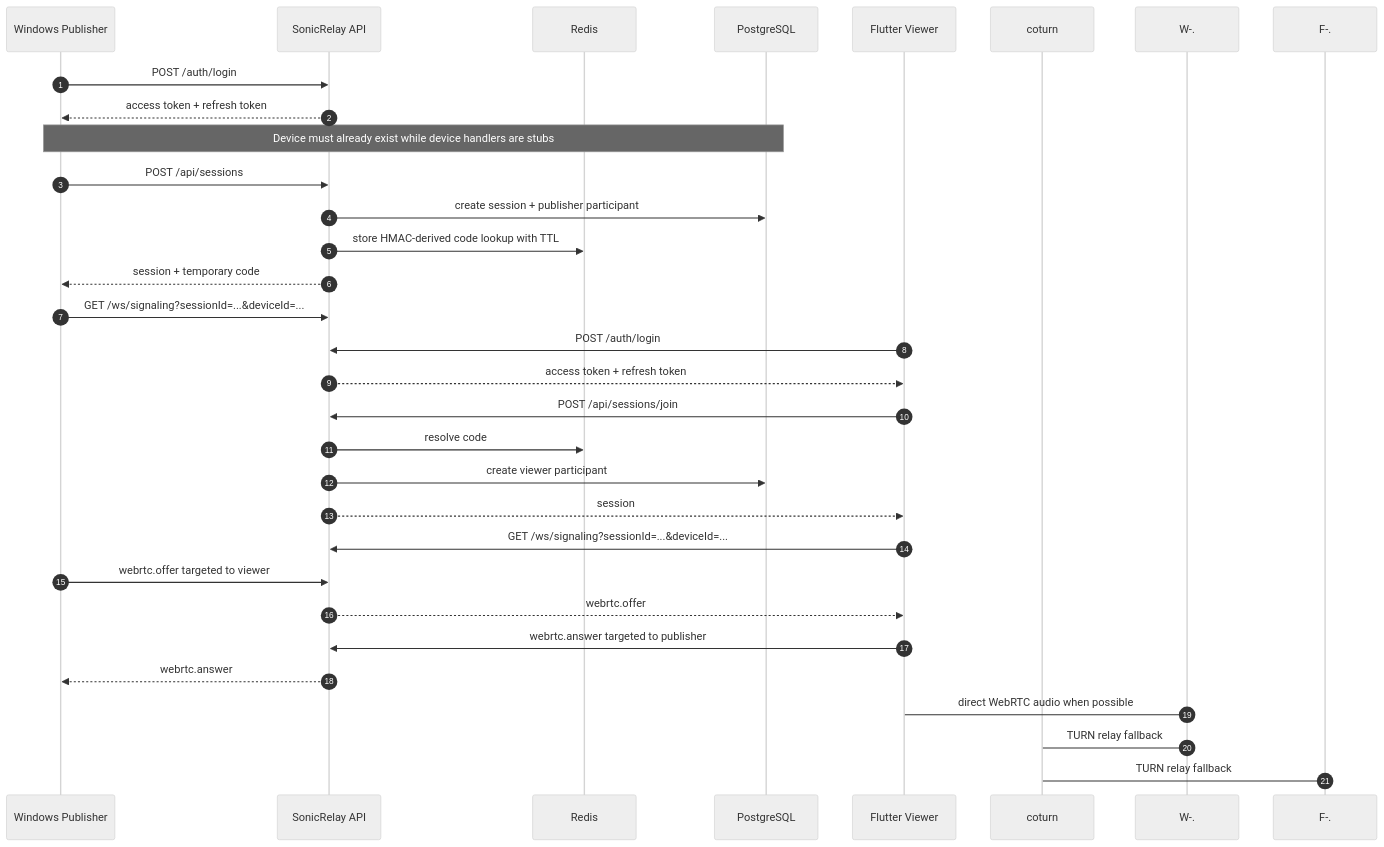
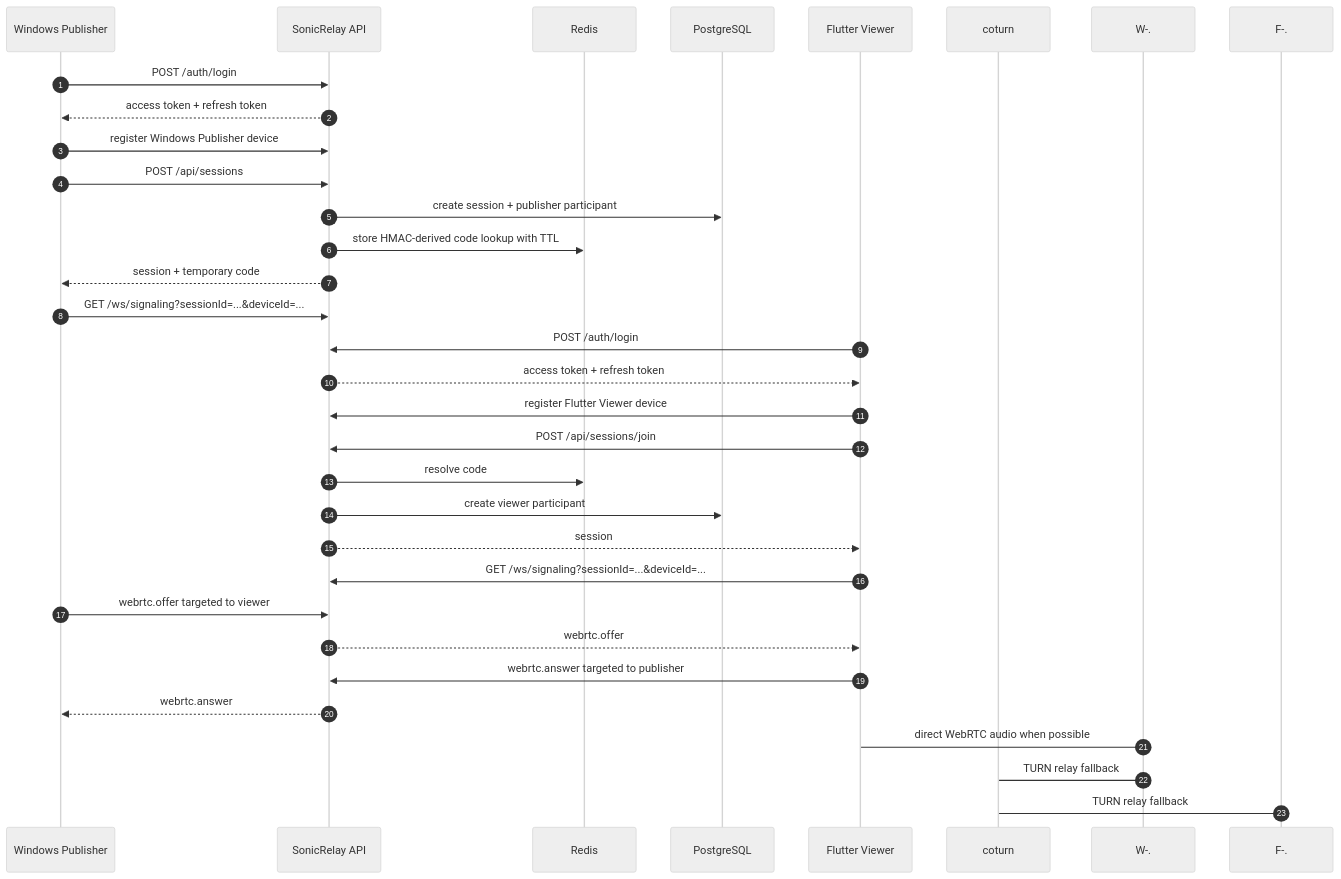
Before and after one commit to vitorhugo-dotnet/dotnet_SonicRelay: the second of 5 diagrams in docs/architecture.md, drawn with Mermaid (neutral theme). The commit also changed other lines of this file and 8 other files, not shown here.

````diff
--- a/docs/architecture.md
+++ b/docs/architecture.md
@@ -62,35 +62,36 @@
 ```mermaid
 sequenceDiagram
     autonumber
     participant W as Windows Publisher
     participant API as SonicRelay API
     participant R as Redis
     participant DB as PostgreSQL
     participant F as Flutter Viewer
     participant TURN as coturn
 
     W->>API: POST /auth/login
     API-->>W: access token + refresh token
-    Note over W,DB: Device must already exist while device handlers are stubs
+    W->>API: register Windows Publisher device
     W->>API: POST /api/sessions
     API->>DB: create session + publisher participant
     API->>R: store HMAC-derived code lookup with TTL
     API-->>W: session + temporary code
     W->>API: GET /ws/signaling?sessionId=...&deviceId=...
 
     F->>API: POST /auth/login
     API-->>F: access token + refresh token
+    F->>API: register Flutter Viewer device
     F->>API: POST /api/sessions/join
     API->>R: resolve code
     API->>DB: create viewer participant
     API-->>F: session
     F->>API: GET /ws/signaling?sessionId=...&deviceId=...
 
     W->>API: webrtc.offer targeted to viewer
     API-->>F: webrtc.offer
     F->>API: webrtc.answer targeted to publisher
     API-->>W: webrtc.answer
     W-.->F: direct WebRTC audio when possible
     W-.->TURN: TURN relay fallback
     F-.->TURN: TURN relay fallback
 ```
````
